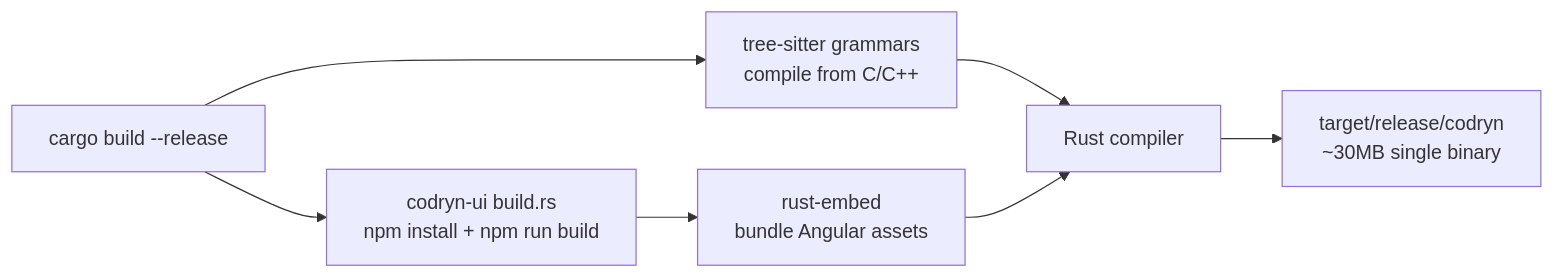
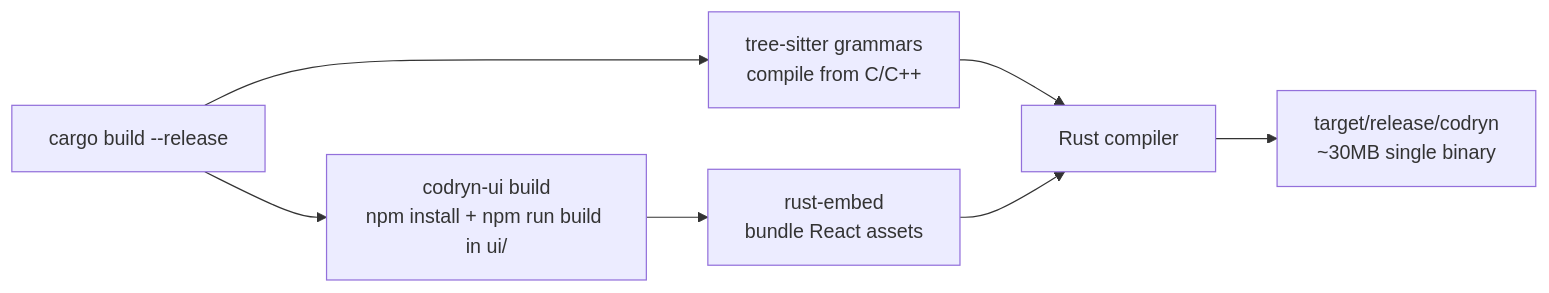
The seventh of 7 diagrams in docs/ARCHITECTURE.md (WolfCanCode/Codryn), drawn with Mermaid before and after one commit. The commit also changed other lines of this file and 13 other files, not shown here.

````diff
--- a/docs/ARCHITECTURE.md
+++ b/docs/ARCHITECTURE.md
@@ -602,9 +605,9 @@
 ```mermaid
 flowchart LR
-    A[cargo build --release] --> B[codryn-ui build.rs<br/>npm install + npm run build]
+    A[cargo build --release] --> B[codryn-ui build<br/>npm install + npm run build in ui/]
     A --> C[tree-sitter grammars<br/>compile from C/C++]
-    B --> D[rust-embed<br/>bundle Angular assets]
+    B --> D[rust-embed<br/>bundle React assets]
     C --> E[Rust compiler]
     D --> E
     E --> F[target/release/codryn<br/>~30MB single binary]
 ```
````
